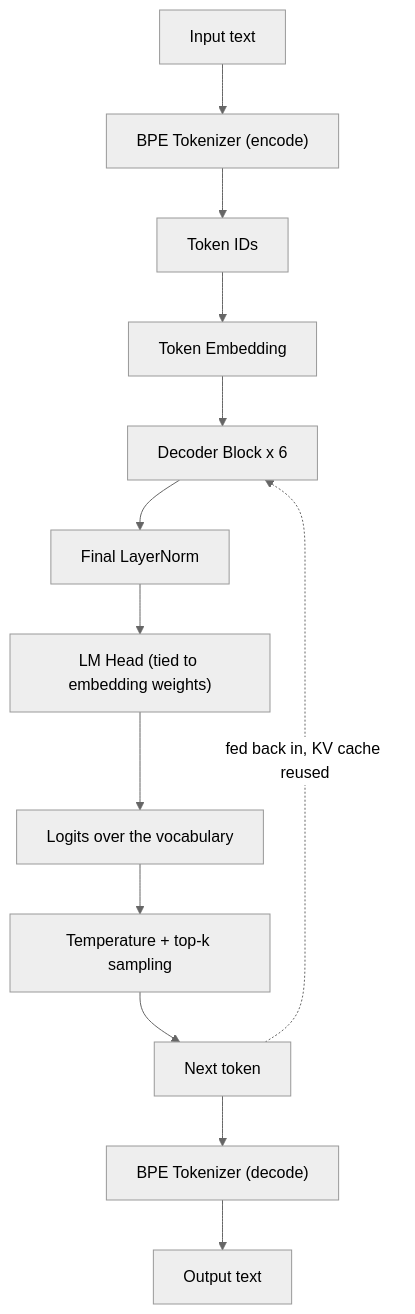
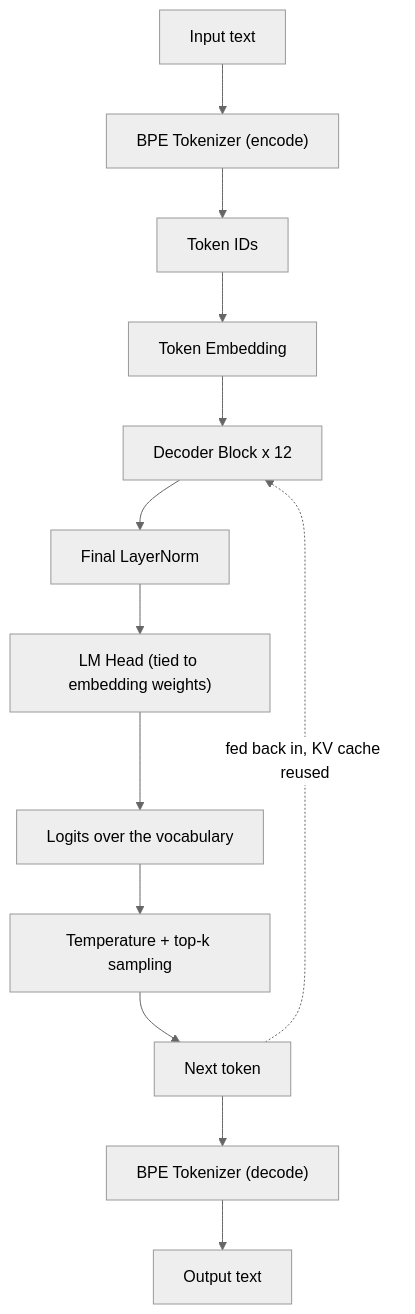
The first of 2 diagrams in README.md (HmedNejjar/Nova), drawn with Mermaid (neutral theme) before and after one commit. The commit also changed other lines of this file, not shown here.

````diff
--- a/README.md
+++ b/README.md
@@ -39,15 +39,15 @@
 ```mermaid
 flowchart TD
     A["Input text"] --> B["BPE Tokenizer (encode)"]
     B --> C["Token IDs"]
     C --> D["Token Embedding"]
-    D --> E["Decoder Block x 6"]
+    D --> E["Decoder Block x 12"]
     E --> F["Final LayerNorm"]
     F --> G["LM Head (tied to embedding weights)"]
     G --> H["Logits over the vocabulary"]
     H --> I["Temperature + top-k sampling"]
     I --> J["Next token"]
     J -.->|"fed back in, KV cache reused"| E
     J --> K["BPE Tokenizer (decode)"]
     K --> L["Output text"]
 ```
````
